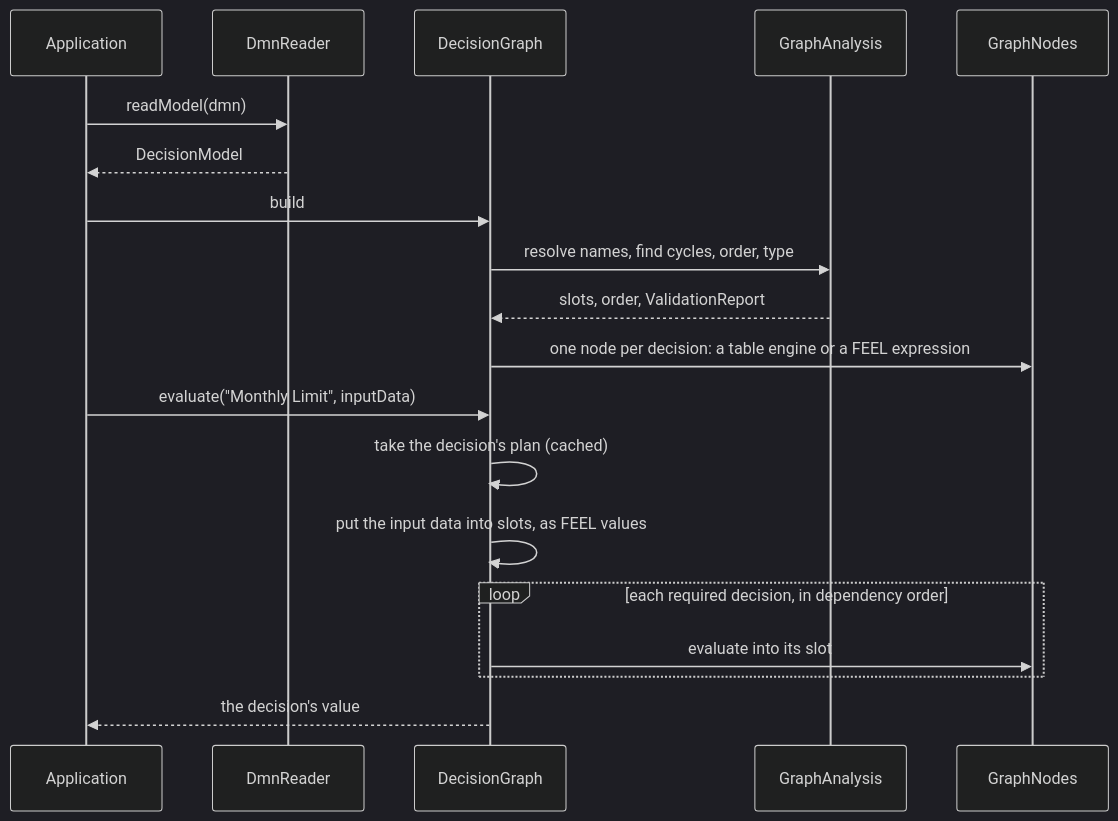
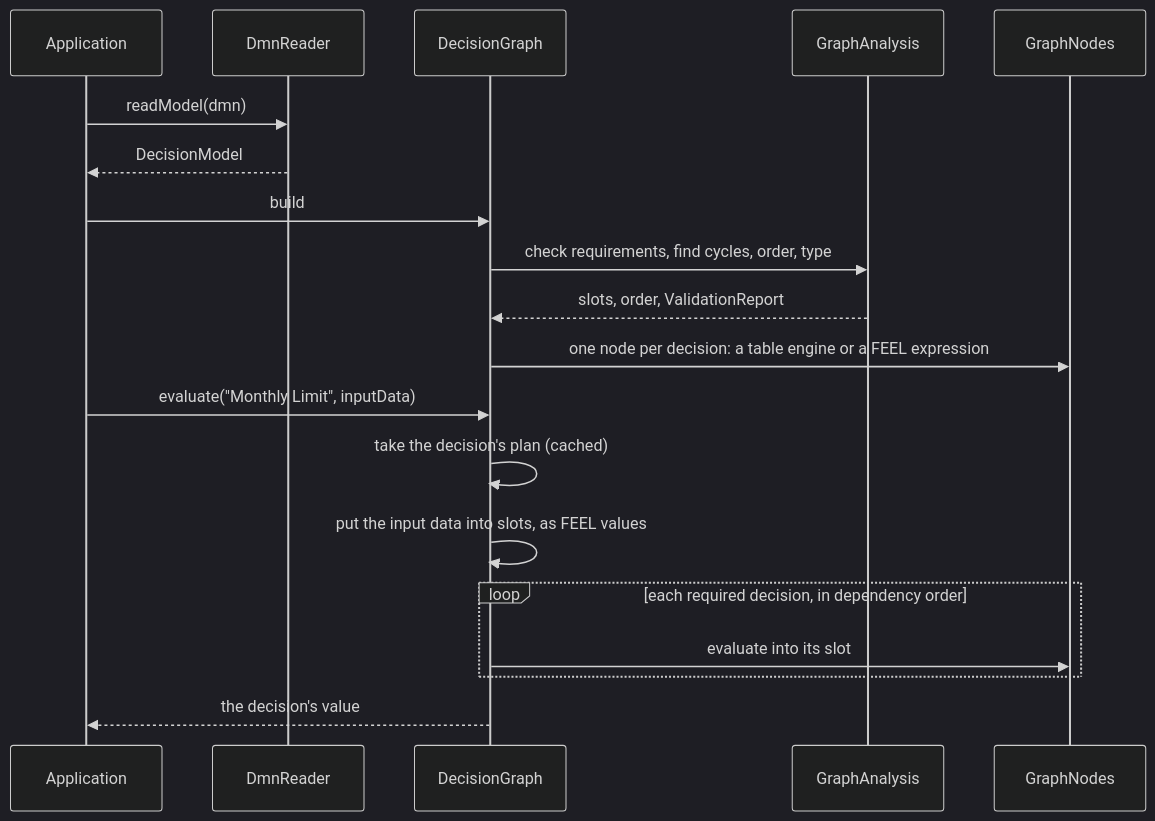
One commit to brunopacheco1/praecepta changed the eighth of 10 diagrams in docs/ARCHITECTURE.md. Above: the diagram before and after it, drawn with Mermaid (dark theme). The commit also changed other lines of this file, not shown here.

Commit message:
Point the architecture document at the classes each concern lives in

````diff
--- a/docs/ARCHITECTURE.md
+++ b/docs/ARCHITECTURE.md
@@ -330,21 +344,21 @@
 ```mermaid
 sequenceDiagram
     participant App as Application
     participant R as DmnReader
     participant G as DecisionGraph
     participant A as GraphAnalysis
     participant N as GraphNodes
     App->>R: readModel(dmn)
     R-->>App: DecisionModel
     App->>G: build
-    G->>A: resolve names, find cycles, order, type
+    G->>A: check requirements, find cycles, order, type
     A-->>G: slots, order, ValidationReport
     G->>N: one node per decision: a table engine or a FEEL expression
     App->>G: evaluate("Monthly Limit", inputData)
     G->>G: take the decision's plan (cached)
     G->>G: put the input data into slots, as FEEL values
     loop each required decision, in dependency order
         G->>N: evaluate into its slot
     end
     G-->>App: the decision's value
 ```
````
